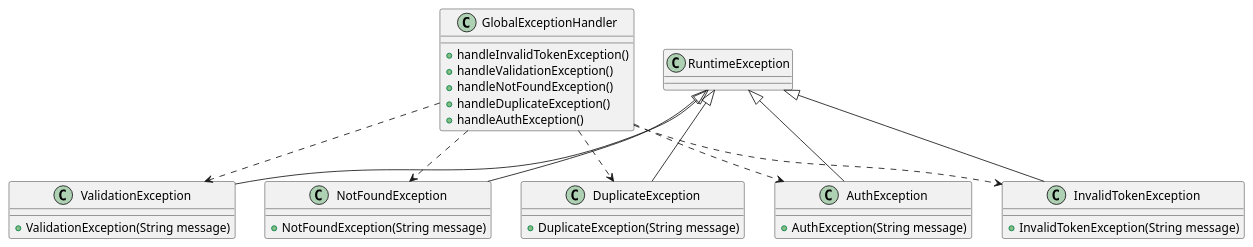
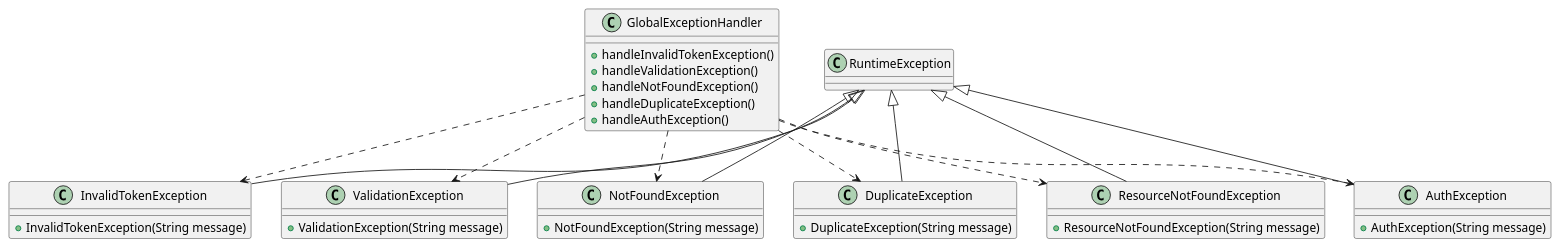
The diagram in backend/study-management-app/docs/uml/code/class/class-exception.puml (ShumpeiKawamura37/portfolio-study-management-app), drawn with PlantUML before and after one commit. The commit also changed 14 other files, not shown here.

```diff
--- a/backend/study-management-app/docs/uml/code/class/class-exception.puml
+++ b/backend/study-management-app/docs/uml/code/class/class-exception.puml
@@ -1,38 +1,43 @@
 @startuml
 class GlobalExceptionHandler {
   + handleInvalidTokenException()
   + handleValidationException()
   + handleNotFoundException()
   + handleDuplicateException()
   + handleAuthException()
 }
 
 class InvalidTokenException {
   + InvalidTokenException(String message)
 }
 class ValidationException {
   + ValidationException(String message)
 }
 class NotFoundException {
   + NotFoundException(String message)
 }
 class DuplicateException {
   + DuplicateException(String message)
 }
+class ResourceNotFoundException {
+  + ResourceNotFoundException(String message)
+}
 class AuthException {
   + AuthException(String message)
 }
 
 RuntimeException <|-- InvalidTokenException
 RuntimeException <|-- ValidationException
 RuntimeException <|-- NotFoundException
 RuntimeException <|-- DuplicateException
+RuntimeException <|-- ResourceNotFoundException
 RuntimeException <|-- AuthException
 
 GlobalExceptionHandler ..> InvalidTokenException
 GlobalExceptionHandler ..> ValidationException
 GlobalExceptionHandler ..> NotFoundException
 GlobalExceptionHandler ..> DuplicateException
+GlobalExceptionHandler ..> ResourceNotFoundException
 GlobalExceptionHandler ..> AuthException
 
 @enduml
```
